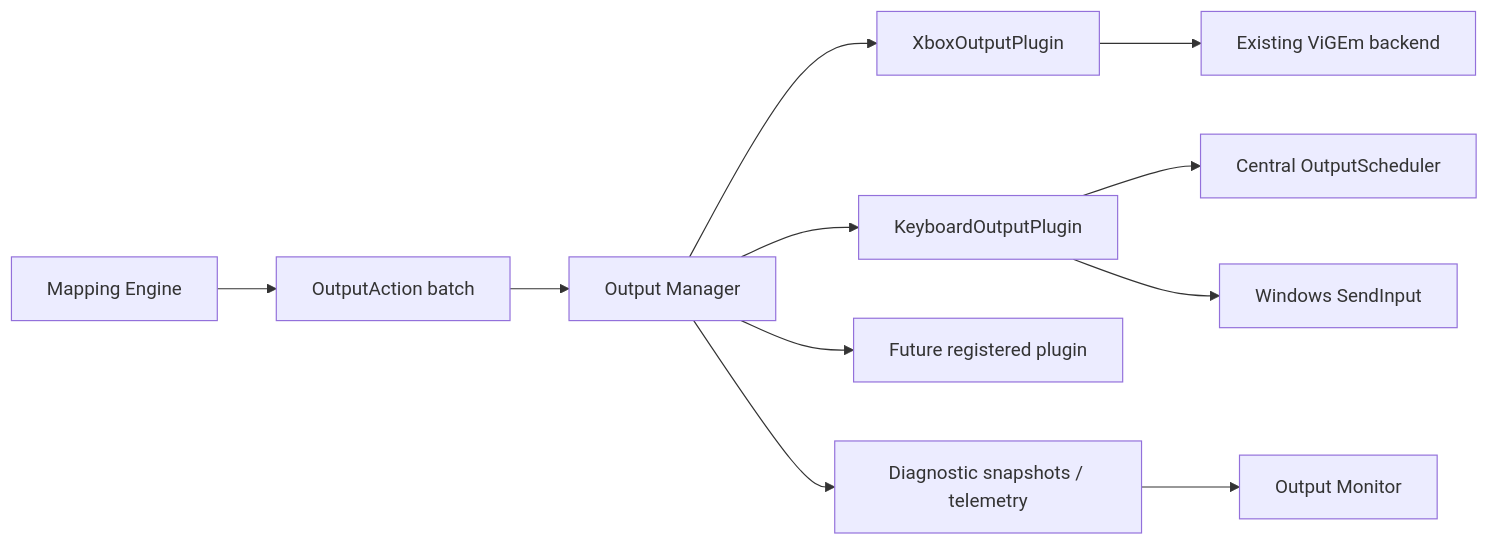
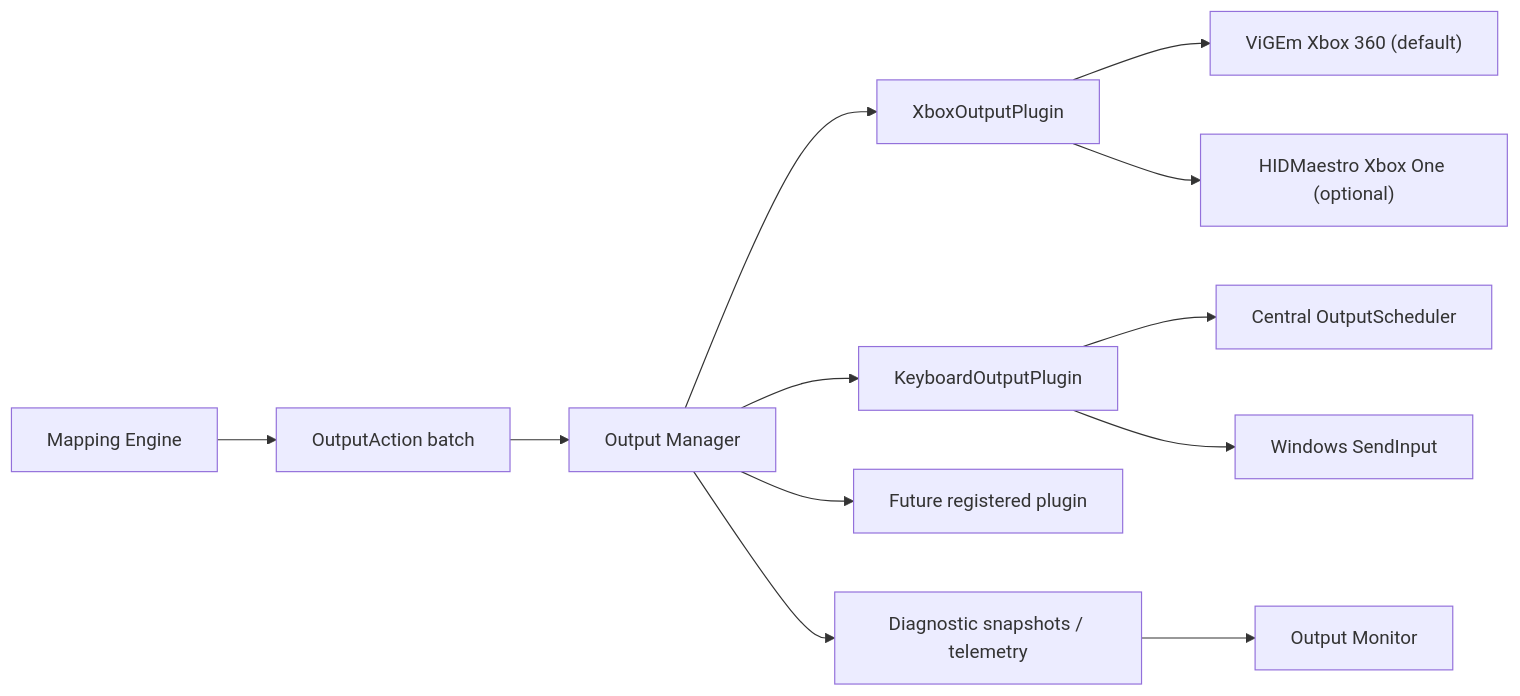
One commit to torment78/Elka-HOTAS-Bridge-Releases changed the first of 3 diagrams in docs/OUTPUT_SYSTEM.md. Above: the diagram before and after it, drawn with Mermaid. The commit also changed other lines of this file and 50 other files, not shown here.

````diff
--- a/docs/OUTPUT_SYSTEM.md
+++ b/docs/OUTPUT_SYSTEM.md
@@ -20,13 +21,14 @@
 ```mermaid
 flowchart LR
     Mapping["Mapping Engine"] --> Actions["OutputAction batch"]
     Actions --> Manager["Output Manager"]
     Manager --> Xbox["XboxOutputPlugin"]
+    Xbox --> ViGEm["ViGEm Xbox 360 (default)"]
+    Xbox --> HIDMaestro["HIDMaestro Xbox One (optional)"]
     Manager --> Keyboard["KeyboardOutputPlugin"]
     Manager --> Future["Future registered plugin"]
     Keyboard --> Scheduler["Central OutputScheduler"]
-    Xbox --> ViGEm["Existing ViGEm backend"]
     Keyboard --> SendInput["Windows SendInput"]
     Manager --> Diagnostics["Diagnostic snapshots / telemetry"]
     Diagnostics --> Monitor["Output Monitor"]
 ```
````
